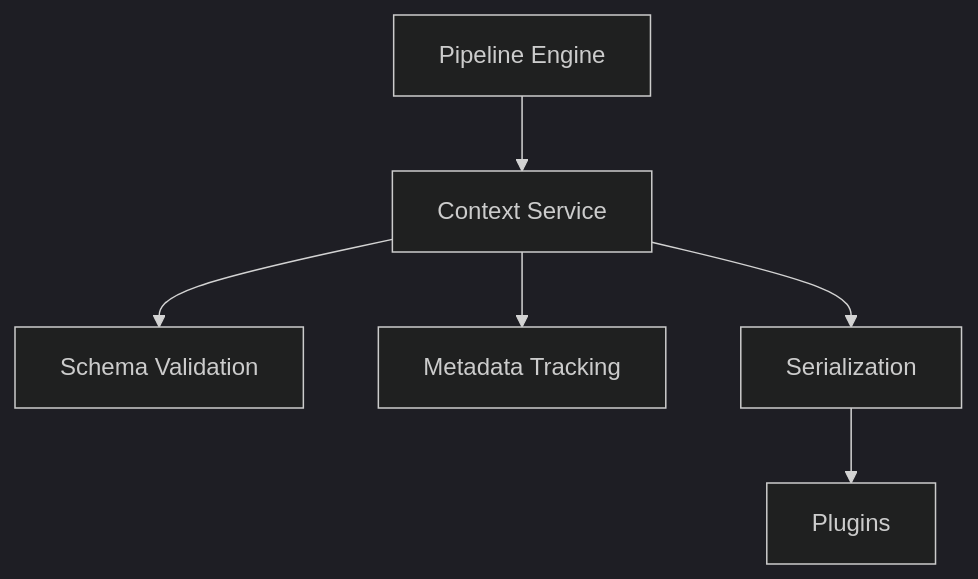
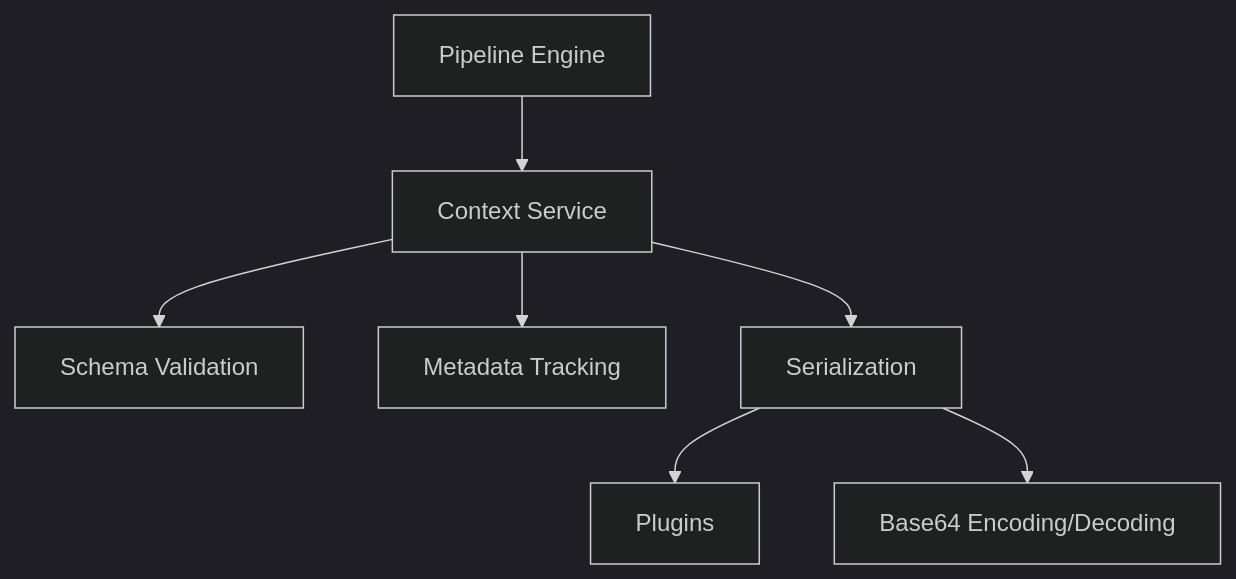
One commit to Mimir-AIP/Mimir-AIP-Go changed the third of 3 diagrams in Docs/pipeline_overhaul_plan.md. Above: the diagram before and after it, drawn with Mermaid (dark theme). The commit also changed other lines of this file and 64 other files, not shown here.

````diff
--- a/Docs/pipeline_overhaul_plan.md
+++ b/Docs/pipeline_overhaul_plan.md
@@ -138,8 +464,9 @@
 ```mermaid
 graph TD
     A[Pipeline Engine] --> B[Context Service]
     B --> C[Schema Validation]
     B --> D[Metadata Tracking]
     B --> E[Serialization]
     E --> F[Plugins]
+    E --> G[Base64 Encoding/Decoding]
 ```
````
